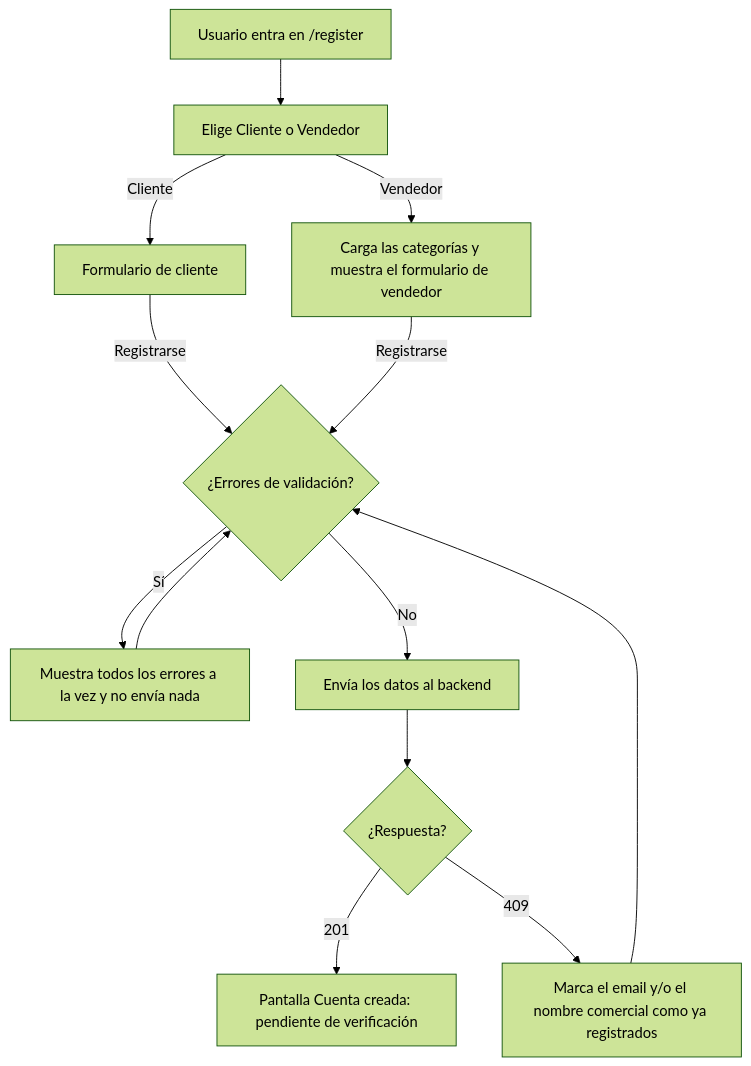
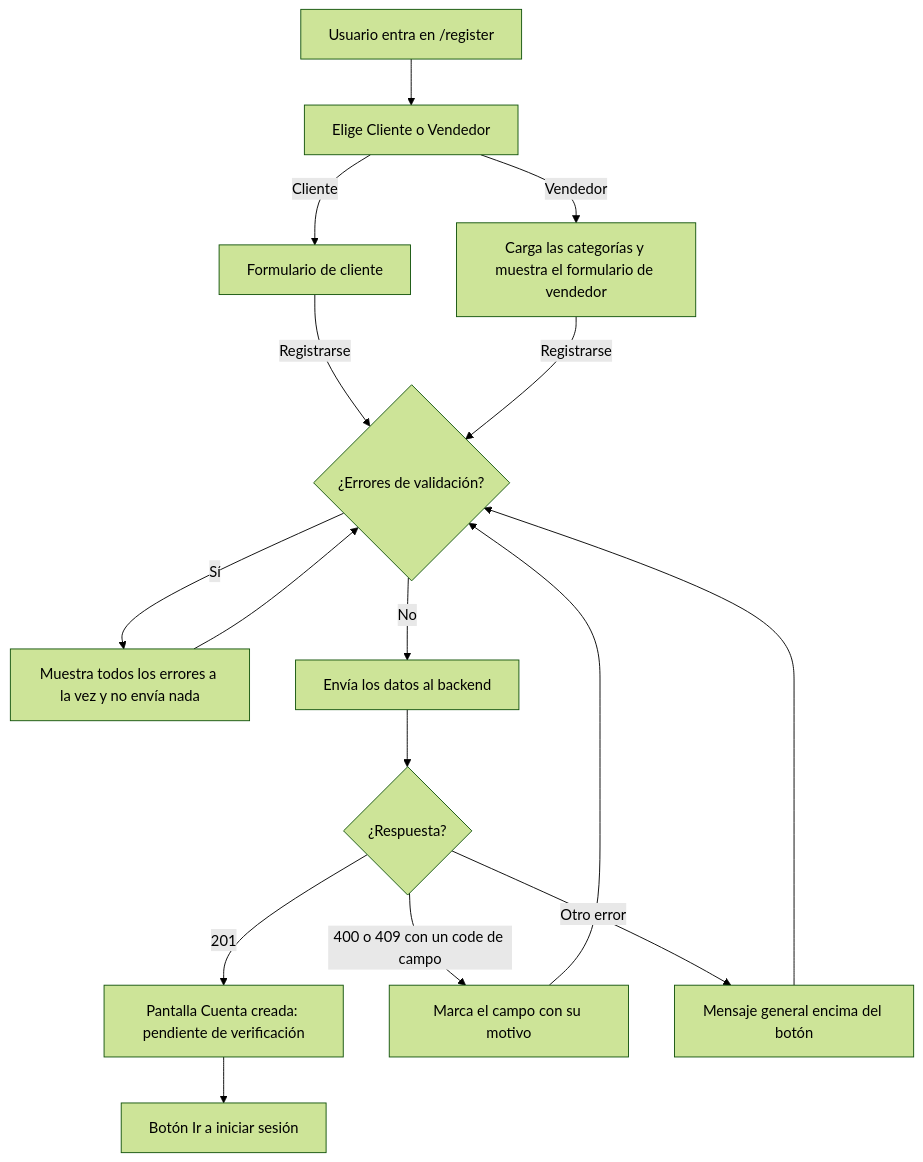
Before and after one commit to ESIBuy-2026-2027/ESIBuy-Mantenimiento: the diagram in frontend/docs/hu1-registro.md, drawn with Mermaid (forest theme). The commit also changed other lines of this file and 3 other files, not shown here.

````diff
--- a/frontend/docs/hu1-registro.md
+++ b/frontend/docs/hu1-registro.md
@@ -59,15 +71,18 @@
 ```mermaid
 flowchart TD
     A[Usuario entra en /register] --> B[Elige Cliente o Vendedor]
     B -- Cliente --> C[Formulario de cliente]
     B -- Vendedor --> D[Carga las categorías y muestra el formulario de vendedor]
     C -- Registrarse --> E{¿Errores de validación?}
     D -- Registrarse --> E
     E -- Sí --> F[Muestra todos los errores a la vez y no envía nada]
     F --> E
     E -- No --> G[Envía los datos al backend]
     G --> H{¿Respuesta?}
     H -- 201 --> I[Pantalla Cuenta creada: pendiente de verificación]
-    H -- 409 --> J[Marca el email y/o el nombre comercial como ya registrados]
+    H -- 400 o 409 con un code de campo --> J[Marca el campo con su motivo]
+    H -- Otro error --> K[Mensaje general encima del botón]
     J --> E
+    K --> E
+    I --> L[Botón Ir a iniciar sesión]
 ```
````
